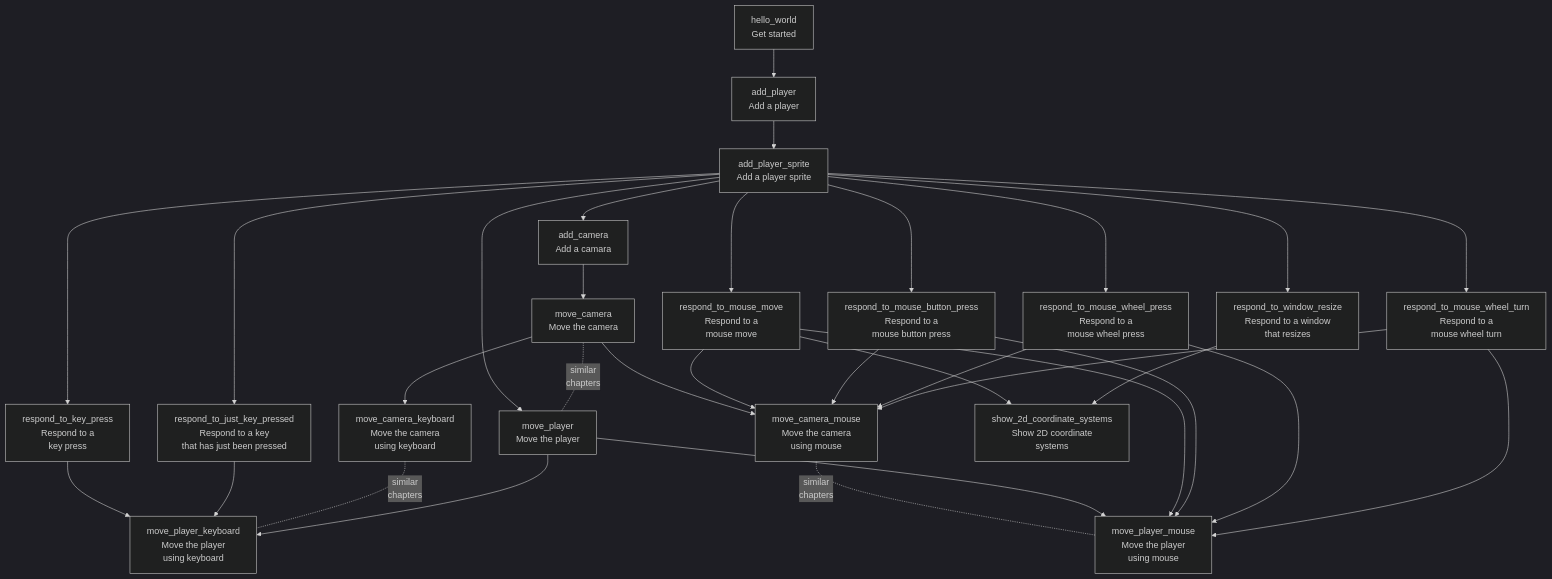
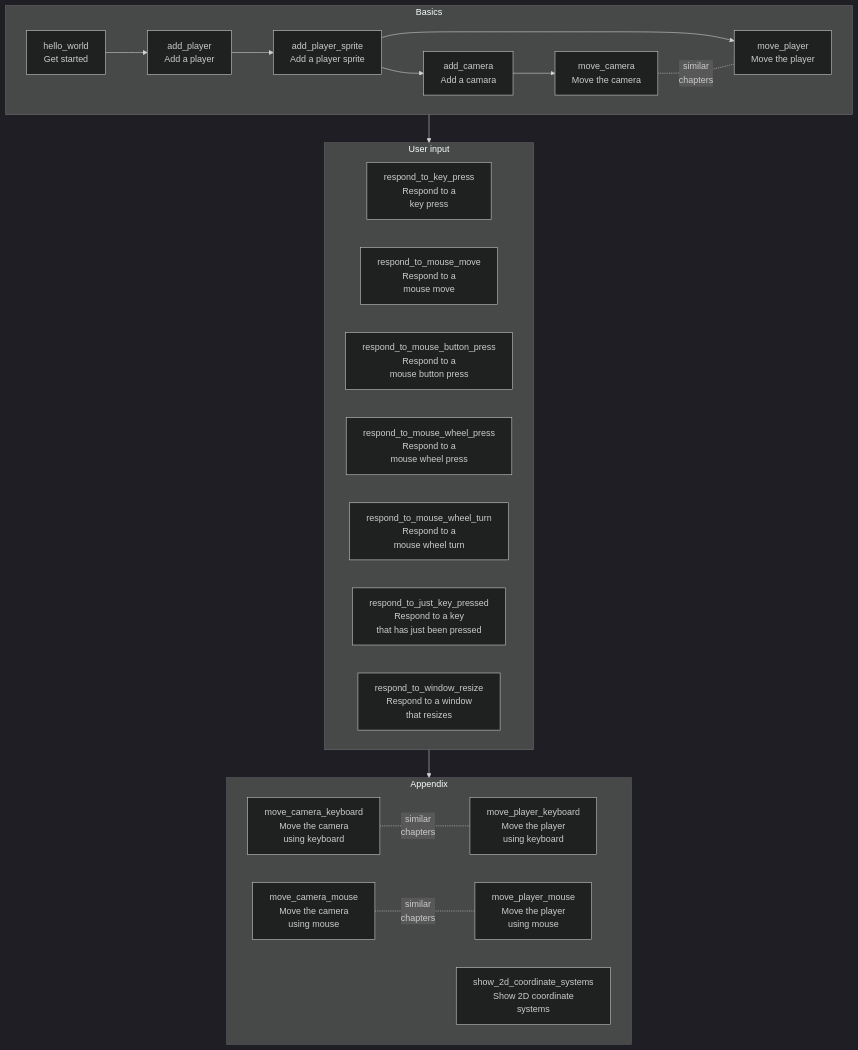
Before and after one commit to richelbilderbeek/bevy_tdd_book: the diagram in README.md, drawn with Mermaid (dark theme). The commit also changed other lines of this file, not shown here.

Commit message:
Use sections

````diff
--- a/README.md
+++ b/README.md
@@ -40,63 +52,86 @@
 ```mermaid
 flowchart TD
-  hello_world[hello_world\nGet started]
-  add_player[add_player\nAdd a player]
-  add_player_sprite[add_player_sprite\nAdd a player sprite]
-  add_camera[add_camera\nAdd a camara]
-  move_camera[move_camera\nMove the camera]
-  move_player[move_player\nMove the player]
-  move_player_keyboard[move_player_keyboard\nMove the player\nusing keyboard]
-  move_camera_keyboard[move_camera_keyboard\nMove the camera\nusing keyboard]
-  move_player_mouse[move_player_mouse\nMove the player\nusing mouse]
-  move_camera_mouse[move_camera_mouse\nMove the camera\nusing mouse]
+  subgraph sub_basics[Basics]
+    hello_world[hello_world\nGet started]
+    add_player[add_player\nAdd a player]
+    add_player_sprite[add_player_sprite\nAdd a player sprite]
+    add_camera[add_camera\nAdd a camara]
+    move_camera[move_camera\nMove the camera]
+    move_player[move_player\nMove the player]
+  end
+  subgraph sub_user_input[User input]
+    respond_to_key_press[respond_to_key_press\nRespond to a\nkey press]
+    respond_to_mouse_move[respond_to_mouse_move\nRespond to a\nmouse move]
+    respond_to_mouse_button_press[respond_to_mouse_button_press\nRespond to a\nmouse button press]
+    respond_to_mouse_wheel_press[respond_to_mouse_wheel_press\nRespond to a\nmouse wheel press]
+    respond_to_mouse_wheel_turn[respond_to_mouse_wheel_turn\nRespond to a\nmouse wheel turn]
+    respond_to_just_key_pressed[respond_to_just_key_pressed\nRespond to a key\nthat has just been pressed]
+    respond_to_window_resize[respond_to_window_resize\nRespond to a window\nthat resizes]
+  end
+  subgraph sub_appendix[Appendix]
+    move_player_keyboard[move_player_keyboard\nMove the player\nusing keyboard]
+    move_camera_keyboard[move_camera_keyboard\nMove the camera\nusing keyboard]
+    move_player_mouse[move_player_mouse\nMove the player\nusing mouse]
+    move_camera_mouse[move_camera_mouse\nMove the camera\nusing mouse]
+    show_2d_coordinate_systems[show_2d_coordinate_systems\nShow 2D coordinate\nsystems]
+  end
 
-  respond_to_key_press[respond_to_key_press\nRespond to a\nkey press]
-  respond_to_mouse_move[respond_to_mouse_move\nRespond to a\nmouse move]
-  respond_to_mouse_button_press[respond_to_mouse_button_press\nRespond to a\nmouse button press]
-  respond_to_mouse_wheel_press[respond_to_mouse_wheel_press\nRespond to a\nmouse wheel press]
-  respond_to_mouse_wheel_turn[respond_to_mouse_wheel_turn\nRespond to a\nmouse wheel turn]
-  respond_to_just_key_pressed[respond_to_just_key_pressed\nRespond to a key\nthat has just been pressed]
-  respond_to_window_resize[respond_to_window_resize\nRespond to a window\nthat resizes]
-
-  show_2d_coordinate_systems[show_2d_coordinate_systems\nShow 2D coordinate\nsystems]
-
+  %% ------------------------
+  %% Basic -> Basis
+  %% ------------------------
   hello_world --> add_player
-  add_player_sprite --> respond_to_key_press
-  add_player_sprite --> respond_to_just_key_pressed
-  add_player_sprite --> respond_to_mouse_move
-  add_player_sprite --> respond_to_mouse_button_press
-  add_player_sprite --> respond_to_mouse_wheel_press
-  add_player_sprite --> respond_to_mouse_wheel_turn
-  add_player_sprite --> respond_to_window_resize
-
-
-  respond_to_key_press --> move_player_keyboard
-  respond_to_just_key_pressed --> move_player_keyboard
-
   add_player --> add_player_sprite
   add_player_sprite --> move_player
   add_player_sprite --> add_camera
   add_camera --> move_camera
+  move_camera -.- |similar\nchapters| move_player
 
-  move_camera -.- |similar\nchapters| move_player
+  %% ------------------------
+  %% Basics -> User input
+  %% ------------------------
+  sub_basics --> sub_user_input
+  %% add_player_sprite --> respond_to_key_press
+  %% add_player_sprite --> respond_to_just_key_pressed
+  %% add_player_sprite --> respond_to_mouse_move
+  %% add_player_sprite --> respond_to_mouse_button_press
+  %% add_player_sprite --> respond_to_mouse_wheel_press
+  %% add_player_sprite --> respond_to_mouse_wheel_turn
+  %% add_player_sprite --> respond_to_window_resize
+
+  %% ------------------------
+  %% User input -> User input
+  %% ------------------------
+
+  %%respond_to_key_press --> move_player_keyboard
+  %%respond_to_just_key_pressed --> move_player_keyboard
+
+  %% move_camera --> move_camera_keyboard
+  %% move_camera --> move_camera_mouse
+
+  %% move_player --> move_player_keyboard
+  %% move_player --> move_player_mouse
+
+  %% respond_to_mouse_move --> move_player_mouse
+  %% respond_to_mouse_button_press --> move_player_mouse
+  %% respond_to_mouse_wheel_press --> move_player_mouse
+  %% respond_to_mouse_wheel_turn --> move_player_mouse
+
+  %% respond_to_mouse_move --> move_camera_mouse
+  %% respond_to_mouse_button_press --> move_camera_mouse
+  %% respond_to_mouse_wheel_press --> move_camera_mouse
+  %% respond_to_mouse_wheel_turn --> move_camera_mouse
+
+  %% respond_to_mouse_move --> show_2d_coordinate_systems
+  %% respond_to_window_resize --> show_2d_coordinate_systems
+
+  %% ------------------------
+  %% User input -> Appendix
+  %% ------------------------
+  sub_user_input --> sub_appendix
+
+  %% ------------------------
+  %% Appendix -> Appendix
+  %% ------------------------
   move_camera_keyboard -.- |similar\nchapters| move_player_keyboard
   move_camera_mouse -.- |similar\nchapters| move_player_mouse
-  move_camera --> move_camera_keyboard
-  move_camera --> move_camera_mouse
-
-  move_player --> move_player_keyboard
-  move_player --> move_player_mouse
-
-  respond_to_mouse_move --> move_player_mouse
-  respond_to_mouse_button_press --> move_player_mouse
-  respond_to_mouse_wheel_press --> move_player_mouse
-  respond_to_mouse_wheel_turn --> move_player_mouse
-
-  respond_to_mouse_move --> move_camera_mouse
-  respond_to_mouse_button_press --> move_camera_mouse
-  respond_to_mouse_wheel_press --> move_camera_mouse
-  respond_to_mouse_wheel_turn --> move_camera_mouse
-
-  respond_to_mouse_move --> show_2d_coordinate_systems
-  respond_to_window_resize --> show_2d_coordinate_systems
 ```
````
